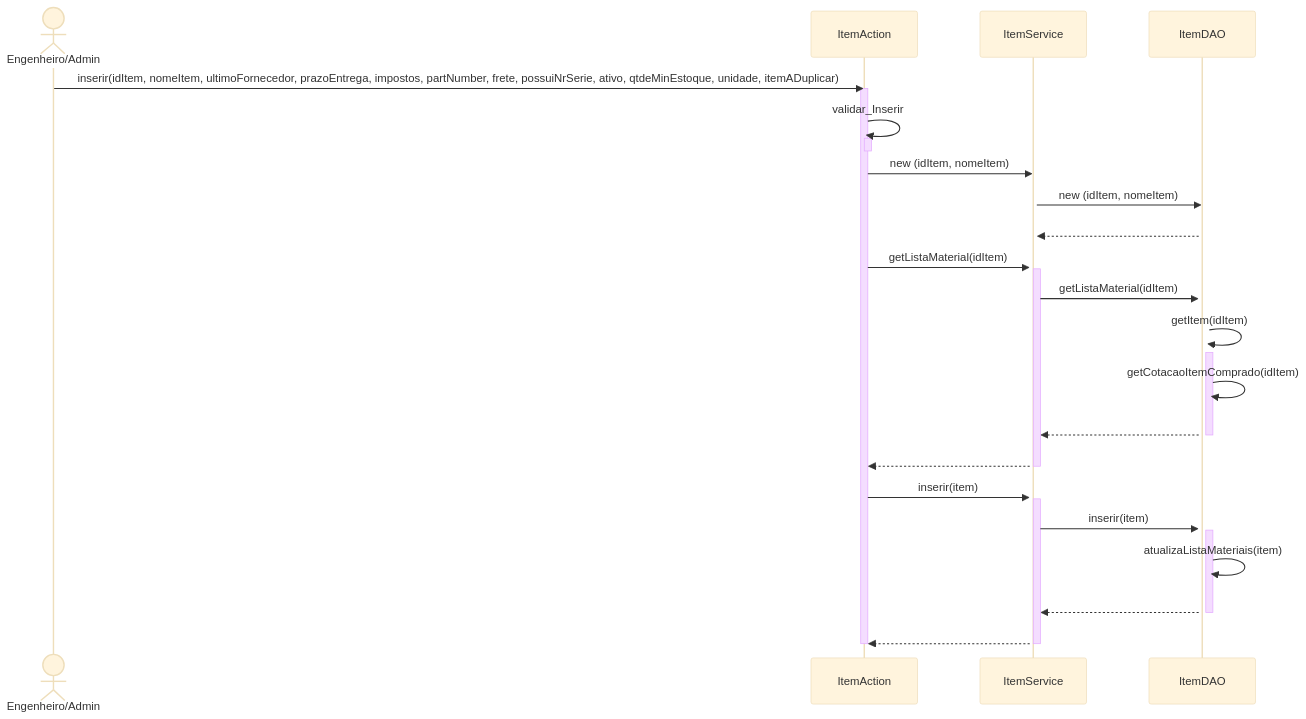
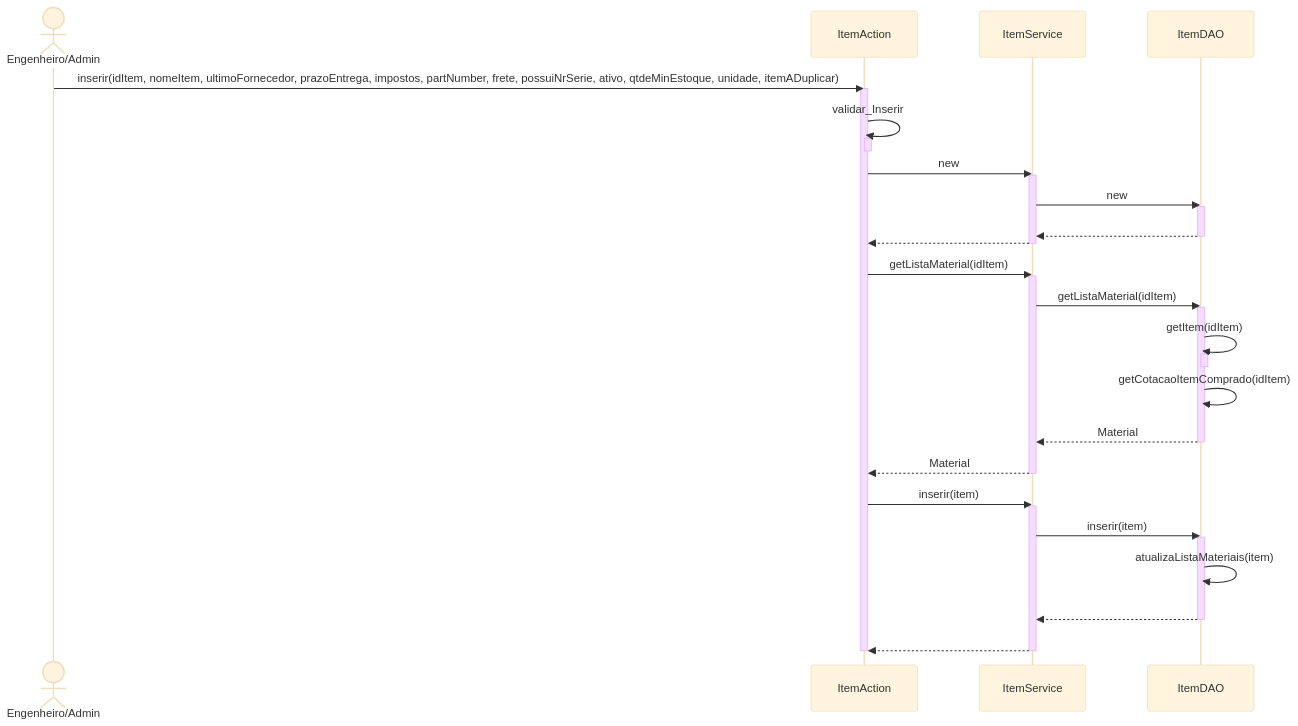
Before and after one commit to branqsMRP/SequenceDiagram: the diagram in DiagramaSequencia/Novo Diagrama Sequencia/Item/Novo Item.mmd, drawn with Mermaid (base theme).

Commit message:
Commit 4.3

```diff
--- a/DiagramaSequencia/Novo Diagrama Sequencia/Item/Novo Item.mmd
+++ b/DiagramaSequencia/Novo Diagrama Sequencia/Item/Novo Item.mmd
@@ -1,33 +1,37 @@
 sequenceDiagram
 actor EA as Engenheiro/Admin
 EA ->> ItemAction : inserir(idItem, nomeItem, ultimoFornecedor, prazoEntrega, impostos, partNumber, frete, possuiNrSerie, ativo, qtdeMinEstoque, unidade, itemADuplicar)
 activate ItemAction
 ItemAction ->> ItemAction : validar_Inserir
 activate ItemAction
 deactivate ItemAction
-ItemAction ->> ItemService : new (idItem, nomeItem)
+ItemAction ->> ItemService : new
 activate ItemService
-ItemService ->> ItemDAO : new (idItem, nomeItem)
+ItemService ->> ItemDAO : new 
 activate ItemDAO
-ItemDAO -->> ItemService : #32; 
+ItemDAO -->> ItemService : #32;
+deactivate ItemDAO 
+ItemService-->>ItemAction: 
+deactivate ItemService
 ItemAction ->> ItemService : getListaMaterial(idItem)
 activate ItemService
 ItemService ->> ItemDAO : getListaMaterial(idItem)
 activate ItemDAO
 ItemDAO ->> ItemDAO : getItem(idItem)
 activate ItemDAO
+deactivate ItemDAO
 ItemDAO ->> ItemDAO : getCotacaoItemComprado(idItem)
-ItemDAO -->> ItemService : #32; 
+ItemDAO -->> ItemService : Material 
 deactivate ItemDAO
-ItemService -->> ItemAction : #32; 
+ItemService -->> ItemAction : Material
 deactivate ItemService
 ItemAction ->> ItemService : inserir(item)
 activate ItemService
 ItemService ->> ItemDAO : inserir(item)
 activate ItemDAO
 ItemDAO ->> ItemDAO : atualizaListaMateriais(item)
 ItemDAO -->> ItemService : #32; 
 deactivate ItemDAO
 ItemService -->> ItemAction : #32; 
 deactivate ItemService
 deactivate ItemAction
```
